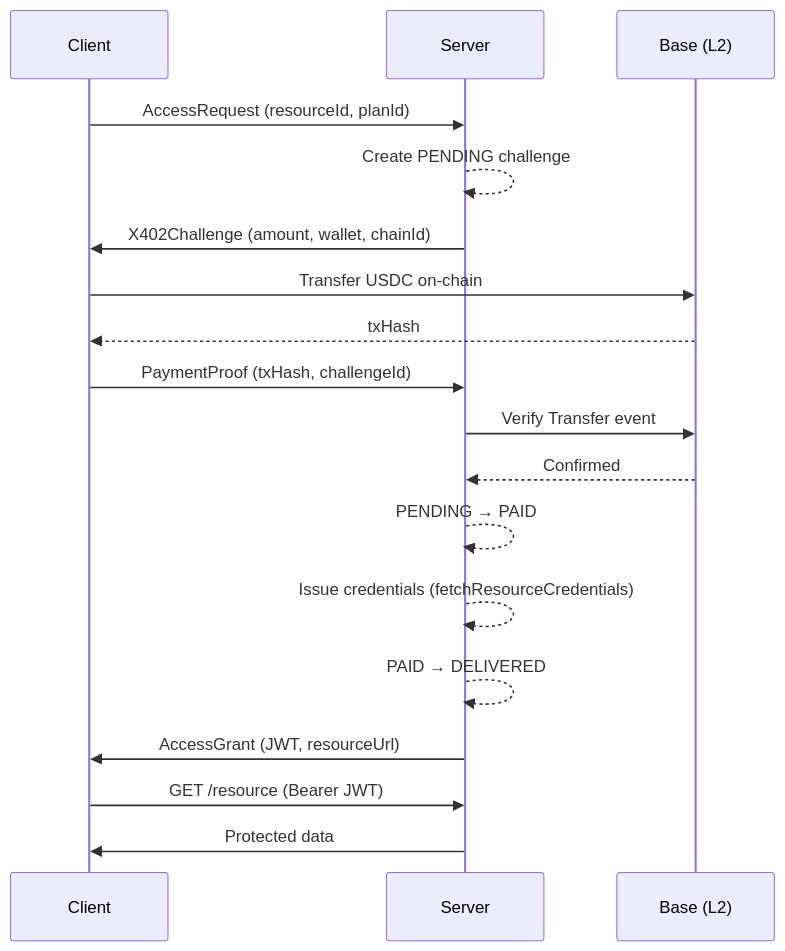
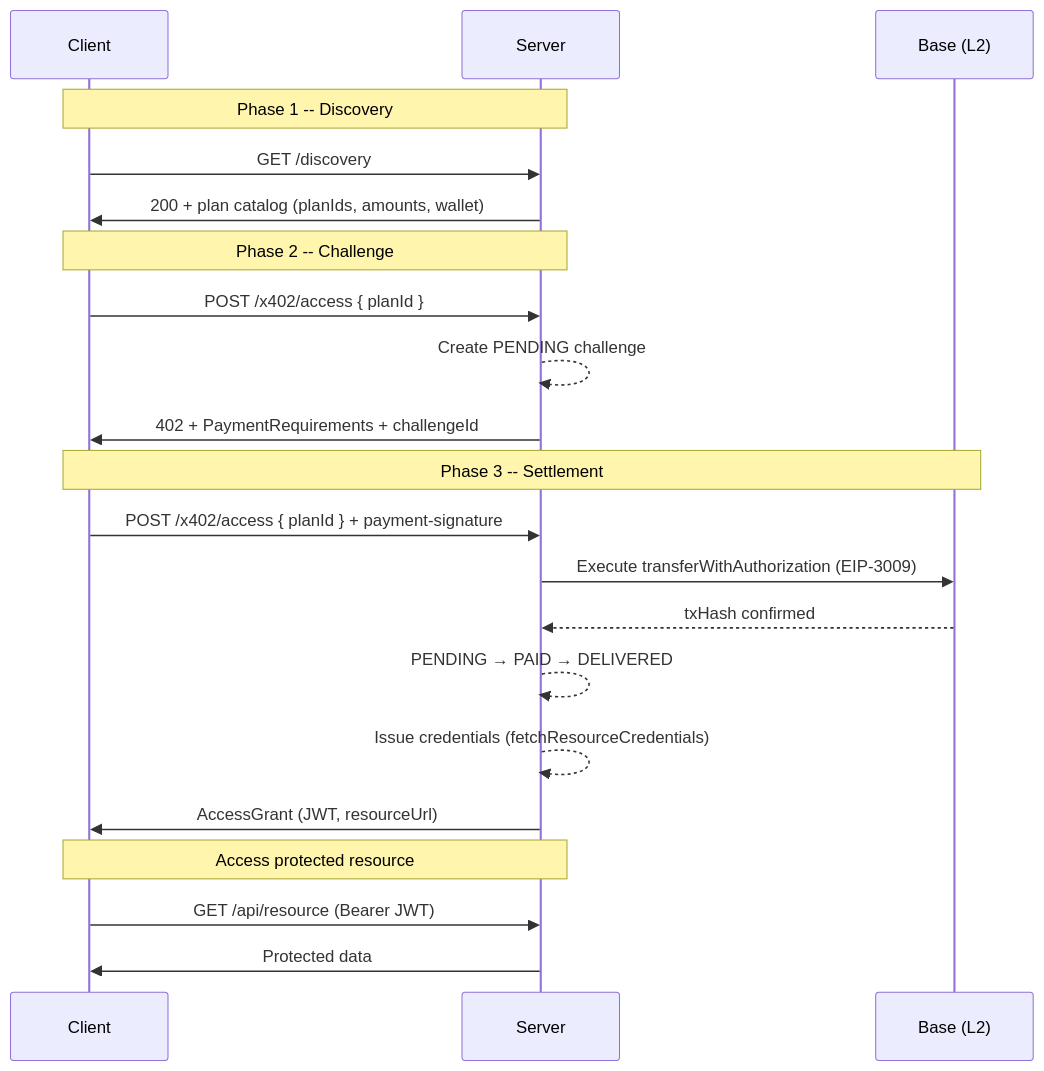
The diagram in docs/mintlify/introduction/how-it-works.mdx (Riklr/key0), drawn with Mermaid before and after one commit. The commit also changed other lines of this file and 14 other files, not shown here.

````diff
--- a/docs/mintlify/introduction/how-it-works.mdx
+++ b/docs/mintlify/introduction/how-it-works.mdx
@@ -22,24 +22,27 @@
 ```mermaid
 sequenceDiagram
     participant Client
     participant Server
     participant Base as Base (L2)
 
-    Client->>Server: AccessRequest (resourceId, planId)
+    Note over Client,Server: Phase 1 -- Discovery
+    Client->>Server: GET /discovery
+    Server->>Client: 200 + plan catalog (planIds, amounts, wallet)
+
+    Note over Client,Server: Phase 2 -- Challenge
+    Client->>Server: POST /x402/access { planId }
     Server-->>Server: Create PENDING challenge
-    Server->>Client: X402Challenge (amount, wallet, chainId)
+    Server->>Client: 402 + PaymentRequirements + challengeId
 
-    Client->>Base: Transfer USDC on-chain
-    Base-->>Client: txHash
-
-    Client->>Server: PaymentProof (txHash, challengeId)
-    Server->>Base: Verify Transfer event
-    Base-->>Server: Confirmed
-    Server-->>Server: PENDING → PAID
+    Note over Client,Base: Phase 3 -- Settlement
+    Client->>Server: POST /x402/access { planId } + payment-signature
+    Server->>Base: Execute transferWithAuthorization (EIP-3009)
+    Base-->>Server: txHash confirmed
+    Server-->>Server: PENDING → PAID → DELIVERED
     Server-->>Server: Issue credentials (fetchResourceCredentials)
-    Server-->>Server: PAID → DELIVERED
     Server->>Client: AccessGrant (JWT, resourceUrl)
 
-    Client->>Server: GET /resource (Bearer JWT)
+    Note over Client,Server: Access protected resource
+    Client->>Server: GET /api/resource (Bearer JWT)
     Server->>Client: Protected data
 ```
````
